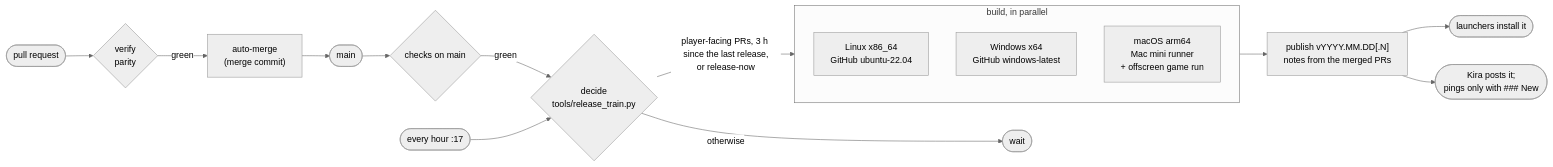
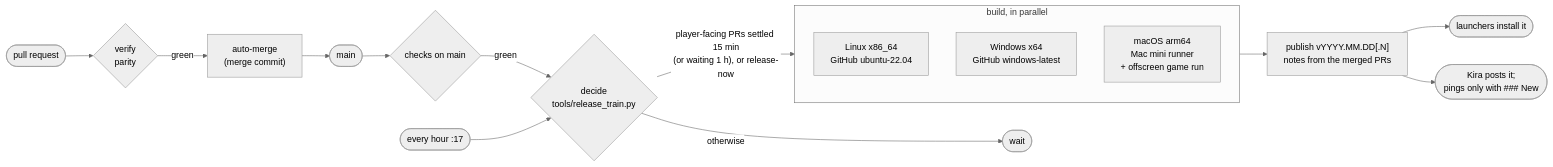
The diagram in docs/release-flow.md (0CYBER/horizon-free), drawn with Mermaid (neutral theme) before and after one commit. The commit also changed other lines of this file and 4 other files, not shown here.

First line of the commit message:
Release train: ship every settled player-facing change, no 3-hour gap

````diff
--- a/docs/release-flow.md
+++ b/docs/release-flow.md
@@ -78,19 +78,19 @@
 ```mermaid
 flowchart LR
     pr(["pull request"]) --> checks{"verify<br/>parity"}
     checks -- green --> automerge["auto-merge<br/>(merge commit)"]
     automerge --> main(["main"])
     main --> mainchecks{"checks on main"}
     mainchecks -- green --> decide{"decide<br/>tools/release_train.py"}
     cron(["every hour :17"]) --> decide
-    decide -- "player-facing PRs, 3 h since the last release,<br/>or release-now" --> build
+    decide -- "player-facing PRs settled 15 min<br/>(or waiting 1 h), or release-now" --> build
     decide -- otherwise --> wait(["wait"])
     subgraph build["build, in parallel"]
         linux["Linux x86_64<br/>GitHub ubuntu-22.04"]
         windows["Windows x64<br/>GitHub windows-latest"]
         mac["macOS arm64<br/>Mac mini runner<br/>+ offscreen game run"]
     end
     build --> publish["publish vYYYY.MM.DD[.N]<br/>notes from the merged PRs"]
     publish --> launcher(["launchers install it"])
     publish --> kira(["Kira posts it;<br/>pings only with ### New"])
 ```
````
